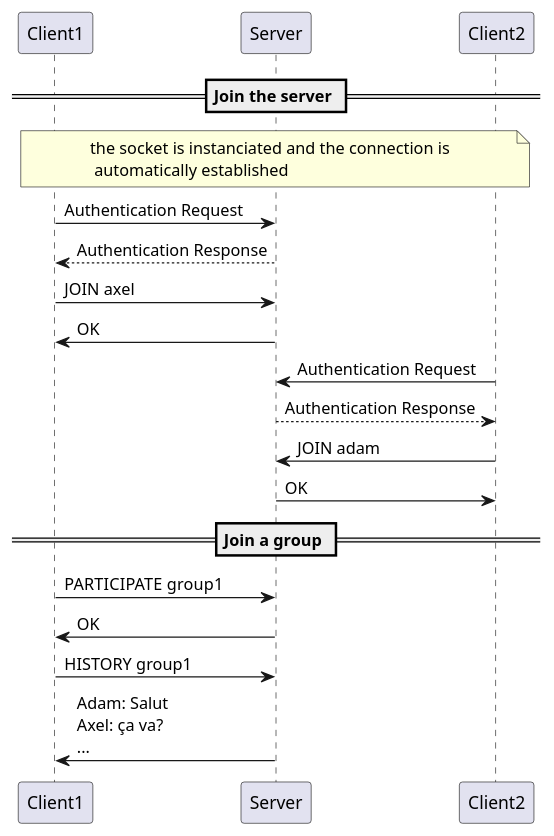
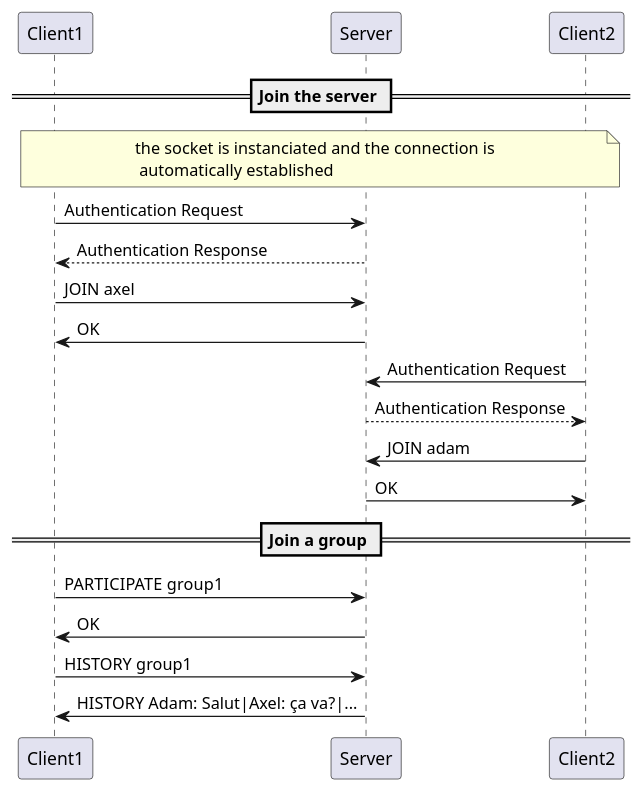
Before and after one commit to AdamoElProfesor/dai_practical_work_2: the diagram in history of group messages.puml, drawn with PlantUML. The commit also changed 1 other file, not shown here.

Commit message:
impl server processes HISTORY command, and replies with all the messages stored in the history file

```diff
--- a/history of group messages.puml
+++ b/history of group messages.puml
@@ -1,28 +1,28 @@
 @startuml
 'https://plantuml.com/sequence-diagram
 
 == Join the server ==
 
 note across :the socket is instanciated and the connection is\n automatically established
 Client1 -> Server: Authentication Request
 Server --> Client1: Authentication Response
 
 Client1 -> Server: JOIN axel
 Server -> Client1: OK
 
 Client2 -> Server: Authentication Request
 Server --> Client2: Authentication Response
 
 Client2 -> Server : JOIN adam
 Server -> Client2: OK
 
 
 == Join a group ==
 Client1 -> Server: PARTICIPATE group1
 Server -> Client1: OK
 
 Client1 -> Server: HISTORY group1
 
-Server -> Client1: Adam: Salut \nAxel: ça va?\n...
+Server -> Client1: HISTORY Adam: Salut|Axel: ça va?|...
 
 @enduml
```
